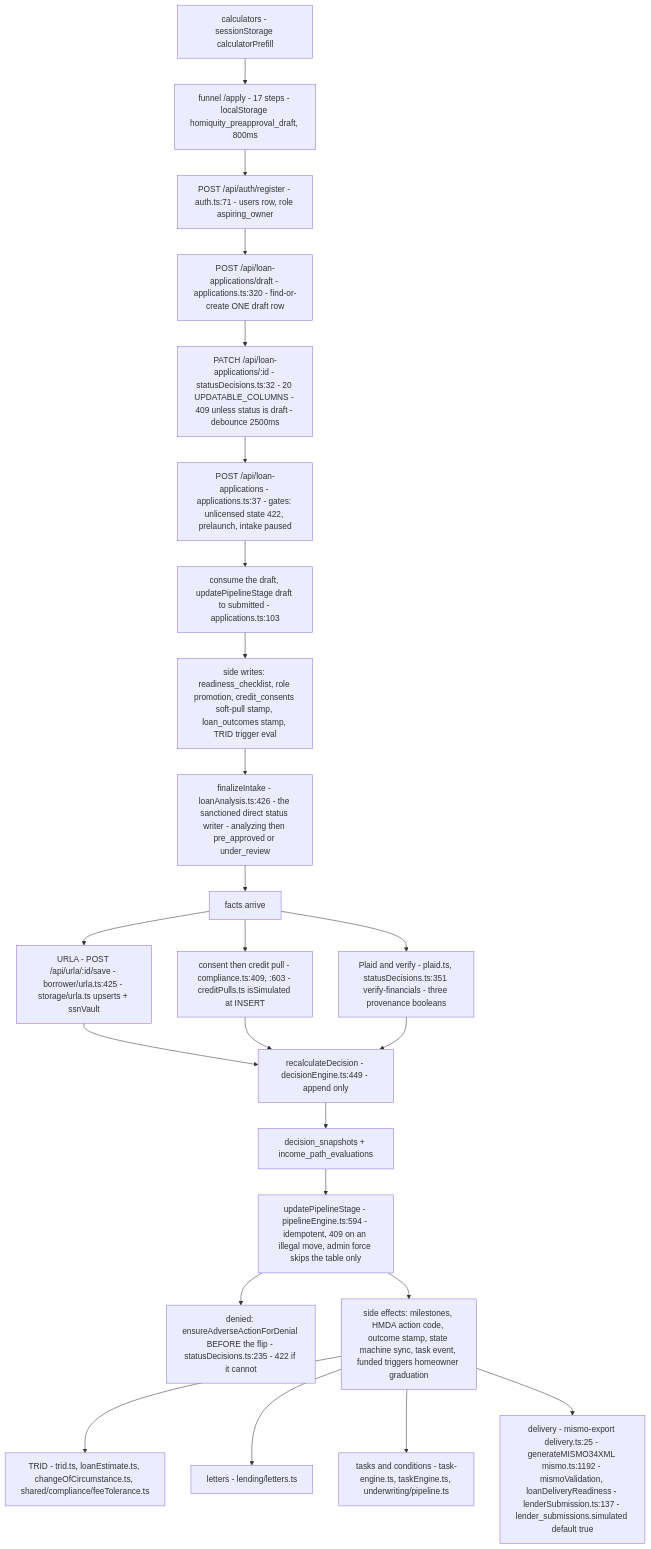
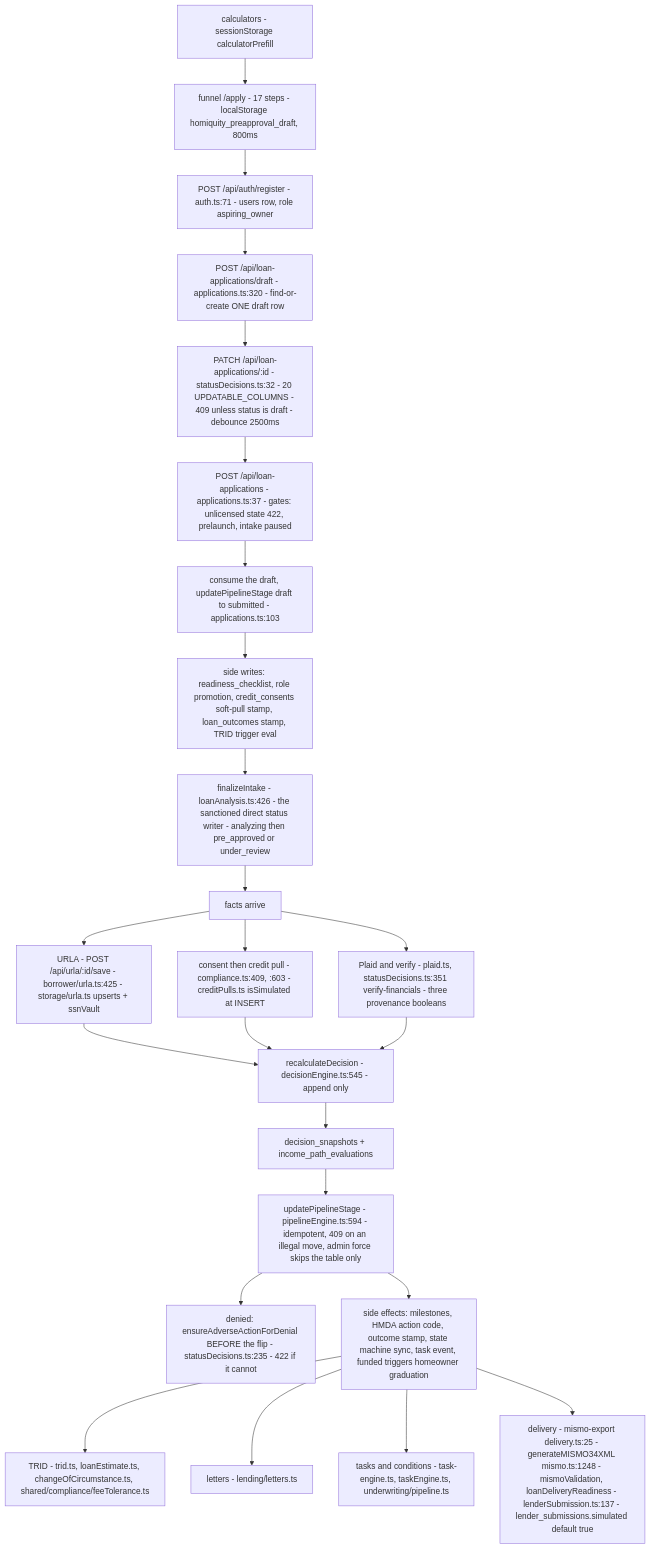
Before and after one commit to barakatammre84/Homiquity: the diagram in knowledge-base/handoff/04-data-flow-loan-journey.md, drawn with Mermaid. The commit also changed other lines of this file and 30 other files, not shown here.

````diff
--- a/knowledge-base/handoff/04-data-flow-loan-journey.md
+++ b/knowledge-base/handoff/04-data-flow-loan-journey.md
@@ -36,26 +36,26 @@
 ```mermaid
 flowchart TD
   A["calculators - sessionStorage calculatorPrefill"] --> B["funnel /apply - 17 steps - localStorage homiquity_preapproval_draft, 800ms"]
   B --> C["POST /api/auth/register - auth.ts:71 - users row, role aspiring_owner"]
   C --> D["POST /api/loan-applications/draft - applications.ts:320 - find-or-create ONE draft row"]
   D --> E["PATCH /api/loan-applications/:id - statusDecisions.ts:32 - 20 UPDATABLE_COLUMNS - 409 unless status is draft - debounce 2500ms"]
   E --> F["POST /api/loan-applications - applications.ts:37 - gates: unlicensed state 422, prelaunch, intake paused"]
   F --> G["consume the draft, updatePipelineStage draft to submitted - applications.ts:103"]
   G --> H["side writes: readiness_checklist, role promotion, credit_consents soft-pull stamp, loan_outcomes stamp, TRID trigger eval"]
   H --> I["finalizeIntake - loanAnalysis.ts:426 - the sanctioned direct status writer - analyzing then pre_approved or under_review"]
   I --> J["facts arrive"]
   J --> K["URLA - POST /api/urla/:id/save - borrower/urla.ts:425 - storage/urla.ts upserts + ssnVault"]
   J --> L["consent then credit pull - compliance.ts:409, :603 - creditPulls.ts isSimulated at INSERT"]
   J --> M["Plaid and verify - plaid.ts, statusDecisions.ts:351 verify-financials - three provenance booleans"]
-  K --> N["recalculateDecision - decisionEngine.ts:449 - append only"]
+  K --> N["recalculateDecision - decisionEngine.ts:545 - append only"]
   L --> N
   M --> N
   N --> O["decision_snapshots + income_path_evaluations"]
   O --> P["updatePipelineStage - pipelineEngine.ts:594 - idempotent, 409 on an illegal move, admin force skips the table only"]
   P --> R["denied: ensureAdverseActionForDenial BEFORE the flip - statusDecisions.ts:235 - 422 if it cannot"]
   P --> Q["side effects: milestones, HMDA action code, outcome stamp, state machine sync, task event, funded triggers homeowner graduation"]
   Q --> S["TRID - trid.ts, loanEstimate.ts, changeOfCircumstance.ts, shared/compliance/feeTolerance.ts"]
   Q --> T["letters - lending/letters.ts"]
   Q --> U["tasks and conditions - task-engine.ts, taskEngine.ts, underwriting/pipeline.ts"]
-  Q --> V["delivery - mismo-export delivery.ts:25 - generateMISMO34XML mismo.ts:1192 - mismoValidation, loanDeliveryReadiness - lenderSubmission.ts:137 - lender_submissions.simulated default true"]
+  Q --> V["delivery - mismo-export delivery.ts:25 - generateMISMO34XML mismo.ts:1248 - mismoValidation, loanDeliveryReadiness - lenderSubmission.ts:137 - lender_submissions.simulated default true"]
 ```
````
